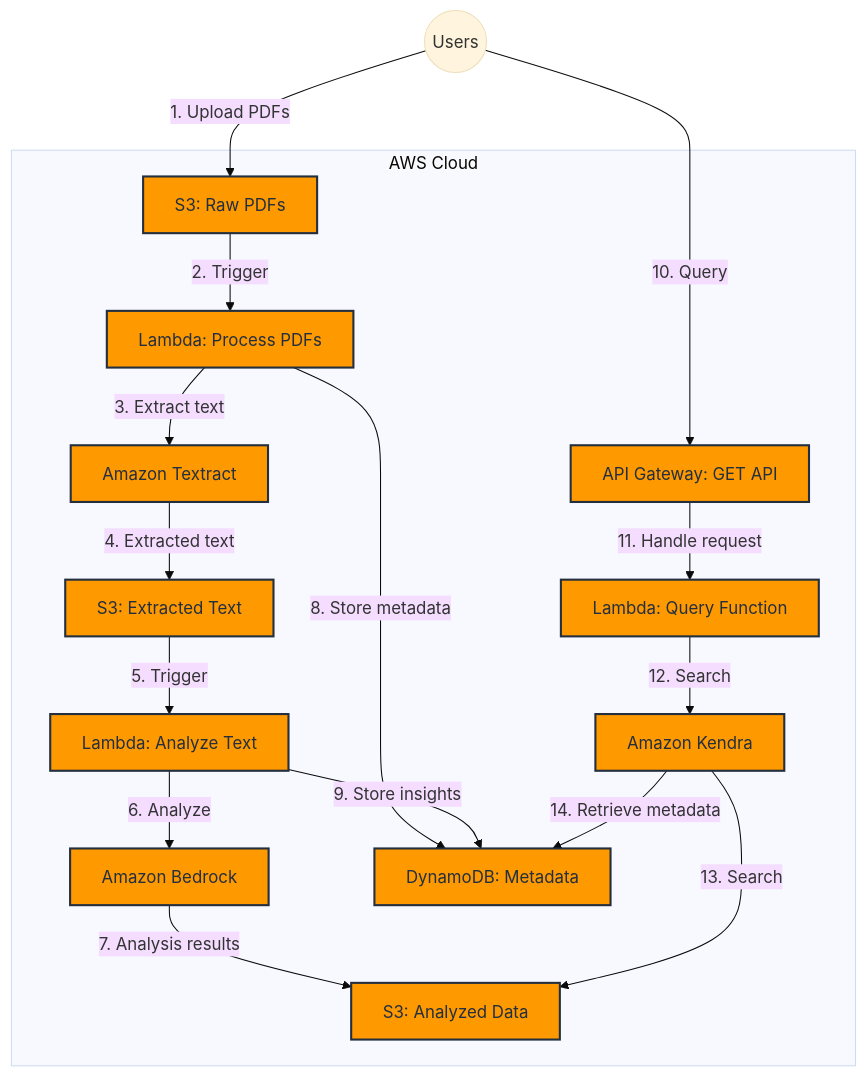
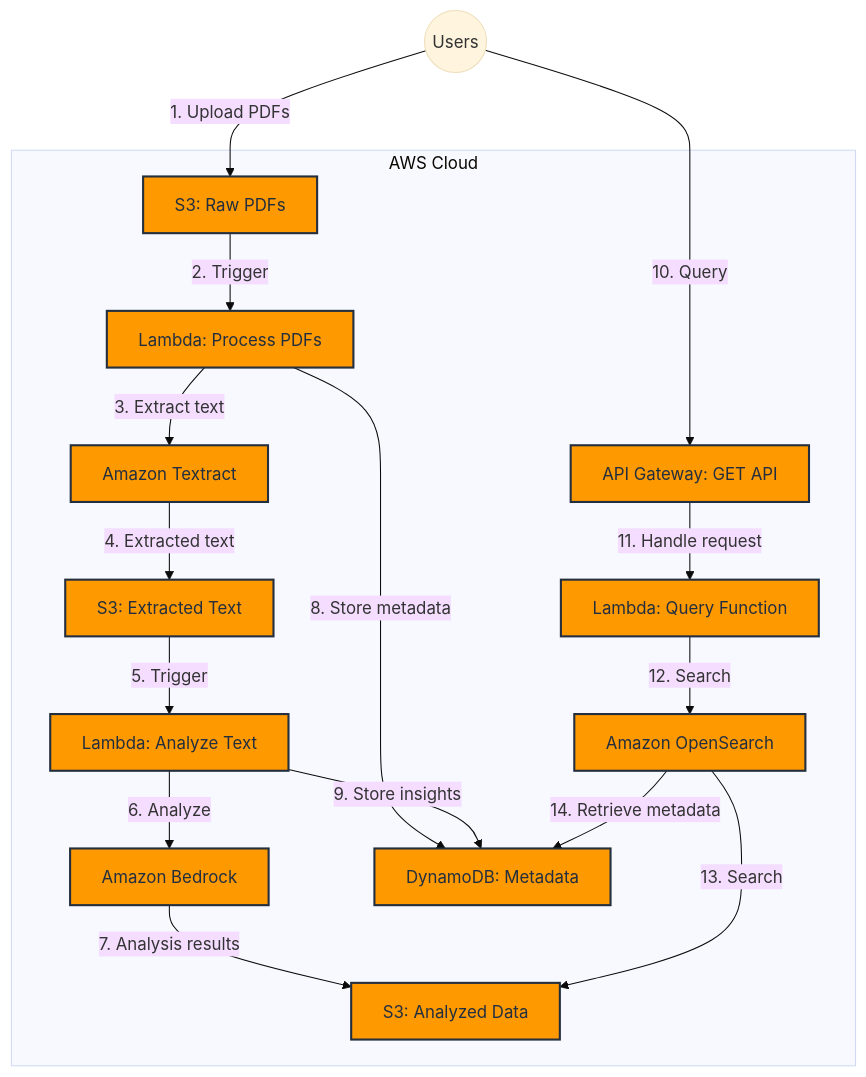
Before and after one commit to jwalsh/builder-workspace: the diagram in projects/DocumentationAnalyticsEngine/README.org, drawn with Mermaid (base theme). The commit also changed other lines of this file and 2 other files, not shown here.

Commit message:
Scaffold the AWS infrastructure

```diff
--- a/projects/DocumentationAnalyticsEngine/README.org
+++ b/projects/DocumentationAnalyticsEngine/README.org
@@ -63,36 +69,36 @@
 #+BEGIN_SRC mermaid
 graph TD
     Users((Users)) -->|1. Upload PDFs| s3:raw[S3: Raw PDFs]
     s3:raw -->|2. Trigger| lambda:process[Lambda: Process PDFs]
     lambda:process -->|3. Extract text| textract:service[Amazon Textract]
     textract:service -->|4. Extracted text| s3:extracted[S3: Extracted Text]
     s3:extracted -->|5. Trigger| lambda:analyze[Lambda: Analyze Text]
     lambda:analyze -->|6. Analyze| bedrock:service[Amazon Bedrock]
     bedrock:service -->|7. Analysis results| s3:analyzed[S3: Analyzed Data]
     
     lambda:process -->|8. Store metadata| dynamodb:metadata[DynamoDB: Metadata]
     lambda:analyze -->|9. Store insights| dynamodb:metadata
     
     Users -->|10. Query| apigateway:get[API Gateway: GET API]
     apigateway:get -->|11. Handle request| lambda:query[Lambda: Query Function]
-    lambda:query -->|12. Search| kendra:search[Amazon Kendra]
-    kendra:search -->|13. Search| s3:analyzed
-    kendra:search -->|14. Retrieve metadata| dynamodb:metadata
+    lambda:query -->|12. Search| opensearch:service[Amazon OpenSearch]
+    opensearch:service -->|13. Search| s3:analyzed
+    opensearch:service -->|14. Retrieve metadata| dynamodb:metadata
     
     subgraph AWS Cloud
         s3:raw
         lambda:process
         textract:service
         s3:extracted
         lambda:analyze
         bedrock:service
         s3:analyzed
         dynamodb:metadata
         apigateway:get
         lambda:query
-        kendra:search
+        opensearch:service
     end
     
     classDef aws fill:#FF9900,stroke:#232F3E,stroke-width:2px,color:#232F3E;
-    class s3:raw,lambda:process,textract:service,s3:extracted,lambda:analyze,bedrock:service,s3:analyzed,dynamodb:metadata,apigateway:get,lambda:query,kendra:search aws;
+    class s3:raw,lambda:process,textract:service,s3:extracted,lambda:analyze,bedrock:service,s3:analyzed,dynamodb:metadata,apigateway:get,lambda:query,opensearch:service aws;
 #+END_SRC
```
